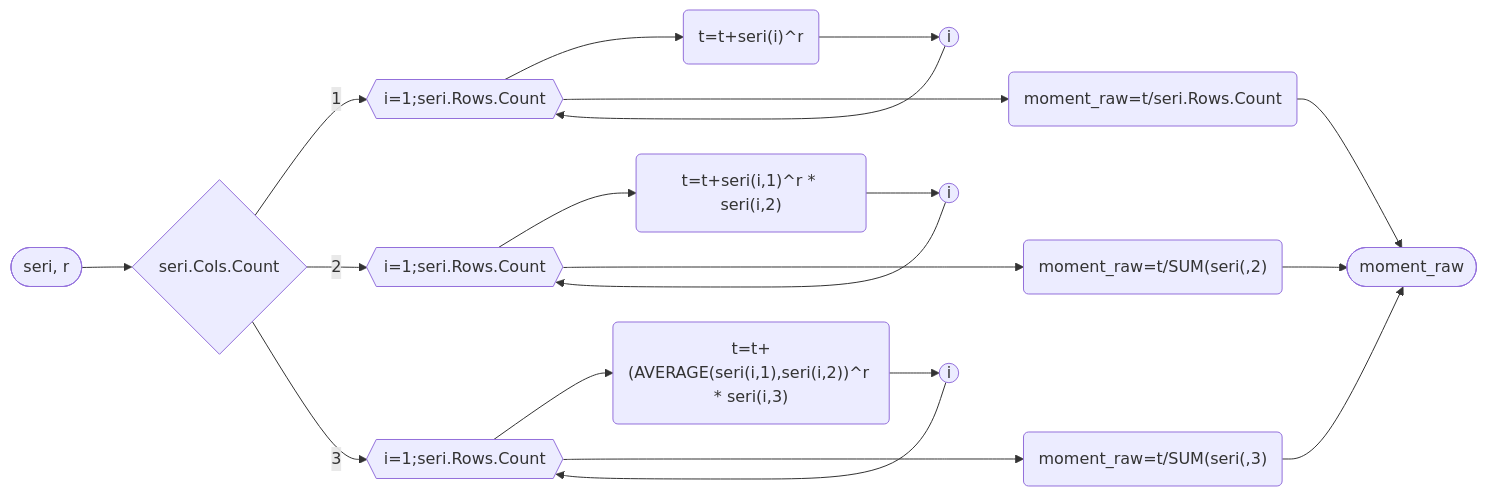
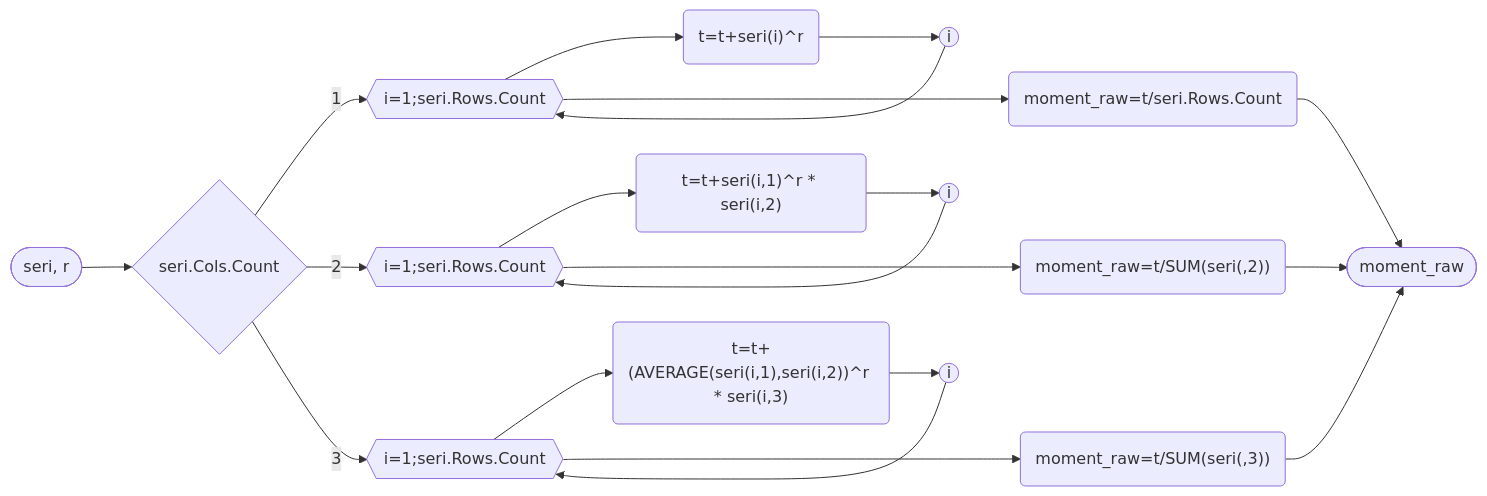
The diagram in VBA_Statistics/README.md (lterlemez/Excel-VBA--statistik), drawn with Mermaid before and after one commit.

Commit message:
Content Update README.md

````diff
--- a/VBA_Statistics/README.md
+++ b/VBA_Statistics/README.md
@@ -50,17 +50,17 @@
 ```mermaid
 flowchart LR
 A([seri, r]) --> B
 B{seri.Cols.Count}
 B--1--> E{{"i=1;seri.Rows.Count"}}
 E-->F("t=t+seri(i)^r")-->G((i)) 
 G-->E
 E---->H("moment_raw=t/seri.Rows.Count")-->J([moment_raw])
 B--2-->K{{"i=1;seri.Rows.Count"}}
 K-->M("t=t+seri(i,1)^r * seri(i,2)")-->N((i))
 N-->K
-K---->O("moment_raw=t/SUM(seri(,2)")-->J([moment_raw])
+K---->O("moment_raw=t/SUM(seri(,2))")-->J([moment_raw])
 B--3-->L{{"i=1;seri.Rows.Count"}}
 L-->P("t=t+(AVERAGE(seri(i,1),seri(i,2))^r * seri(i,3)")-->Q((i))
 Q-->L
-L---->R("moment_raw=t/SUM(seri(,3)")-->J([moment_raw])
+L---->R("moment_raw=t/SUM(seri(,3))")-->J([moment_raw])
 ```
````
